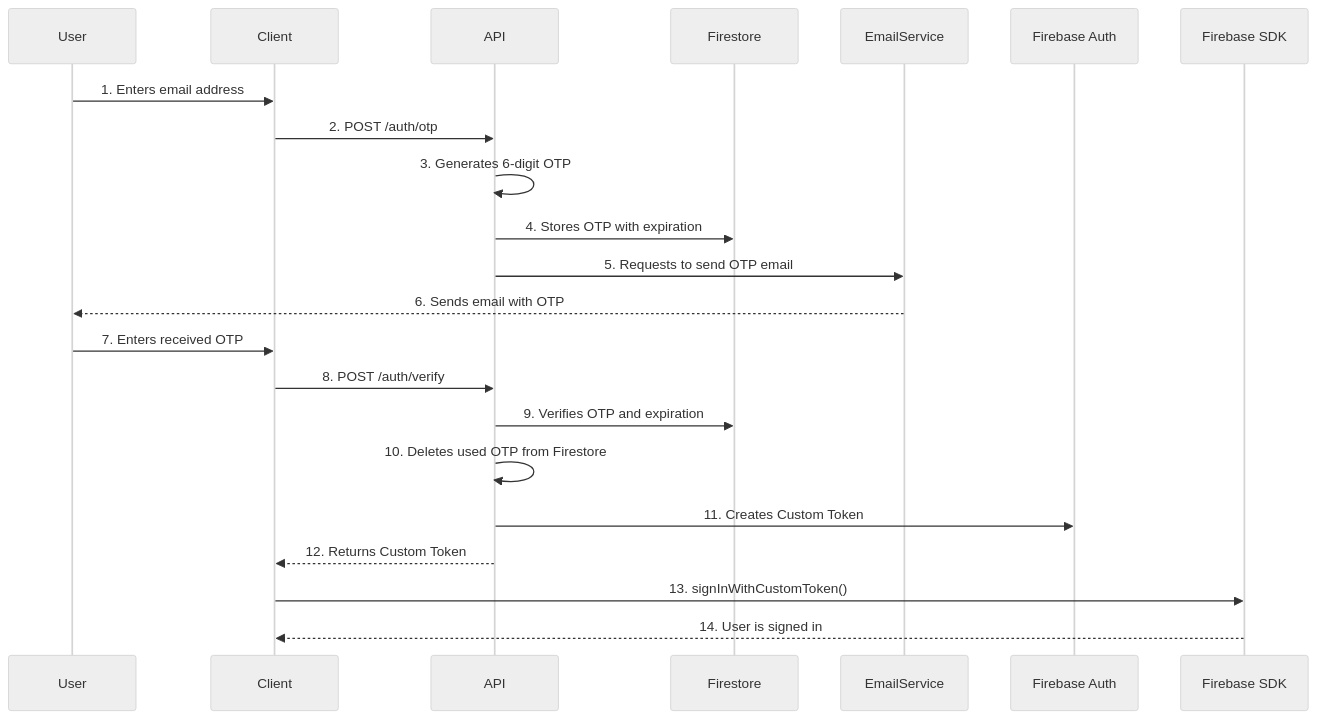
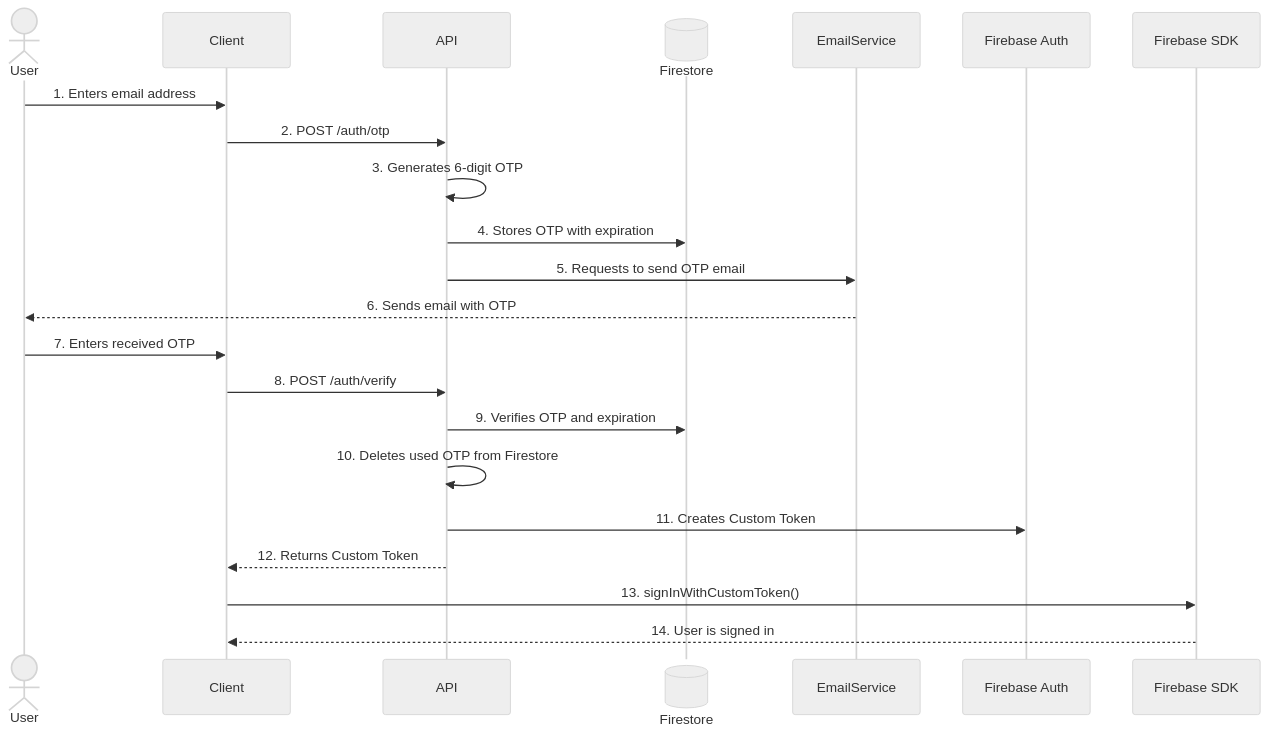
One commit to OTakumi/custom_auth_with_firebase changed the diagram in README.md. Above: the diagram before and after it, drawn with Mermaid (neutral theme).

Commit message:
Update participant to actor in sequence diagram

````diff
--- a/README.md
+++ b/README.md
@@ -15,25 +15,25 @@
 ```mermaid
 sequenceDiagram
-    participant User
+    actor User
     participant Client
     participant API
-    participant Firestore
+    participant Firestore@{ "type":"database" }
     participant EmailService
 
     User->>Client: 1. Enters email address
     Client->>API: 2. POST /auth/otp
     API->>API: 3. Generates 6-digit OTP
     API->>Firestore: 4. Stores OTP with expiration
     API->>EmailService: 5. Requests to send OTP email
     EmailService-->>User: 6. Sends email with OTP
 
     User->>Client: 7. Enters received OTP
     Client->>API: 8. POST /auth/verify
     API->>Firestore: 9. Verifies OTP and expiration
     API->>API: 10. Deletes used OTP from Firestore
     API->>Firebase Auth: 11. Creates Custom Token
     API-->>Client: 12. Returns Custom Token
     
     Client->>Firebase SDK: 13. signInWithCustomToken()
     Firebase SDK-->>Client: 14. User is signed in
 ```
````
